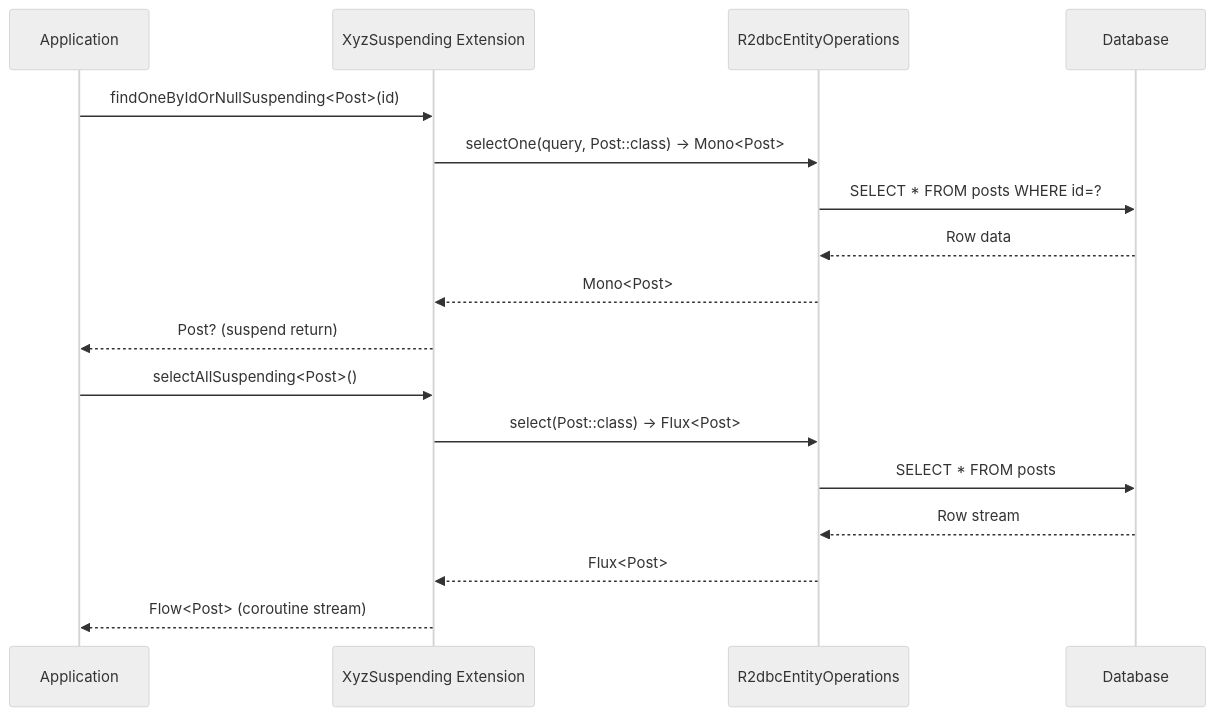
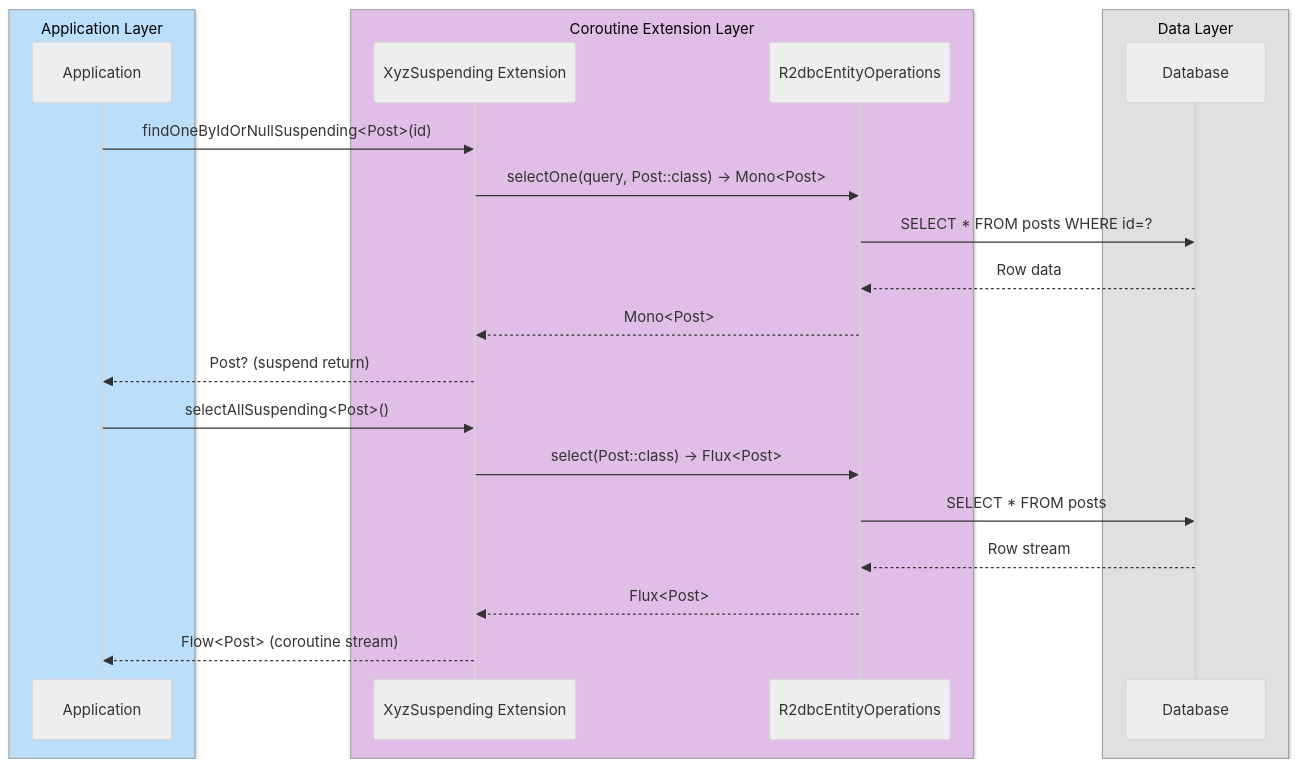
The fourth of 4 diagrams in spring-boot4/r2dbc/README.md (bluetape4k/bluetape4k-projects), drawn with Mermaid (neutral theme) before and after one commit. The commit also changed other lines of this file and 221 other files, not shown here.

First line of the commit message:
docs: 전체 모듈 README UML 다이어그램 보강 및 색상 업그레이드

````diff
--- a/spring-boot4/r2dbc/README.md
+++ b/spring-boot4/r2dbc/README.md
@@ -192,21 +219,27 @@
 ```mermaid
 sequenceDiagram
-    participant App as Application
-    participant Ext as XyzSuspending Extension
-    participant Ops as R2dbcEntityOperations
-    participant DB as Database
+    box rgb(187,222,251) Application Layer
+        participant App as Application
+    end
+    box rgb(225,190,231) Coroutine Extension Layer
+        participant Ext as XyzSuspending Extension
+        participant Ops as R2dbcEntityOperations
+    end
+    box rgb(224,224,224) Data Layer
+        participant DB as Database
+    end
 
     App->>Ext: findOneByIdOrNullSuspending<Post>(id)
     Ext->>Ops: selectOne(query, Post::class) → Mono<Post>
     Ops->>DB: SELECT * FROM posts WHERE id=?
     DB-->>Ops: Row data
     Ops-->>Ext: Mono<Post>
     Ext-->>App: Post? (suspend return)
 
     App->>Ext: selectAllSuspending<Post>()
     Ext->>Ops: select(Post::class) → Flux<Post>
     Ops->>DB: SELECT * FROM posts
     DB-->>Ops: Row stream
     Ops-->>Ext: Flux<Post>
     Ext-->>App: Flow<Post> (coroutine stream)
 ```
````
